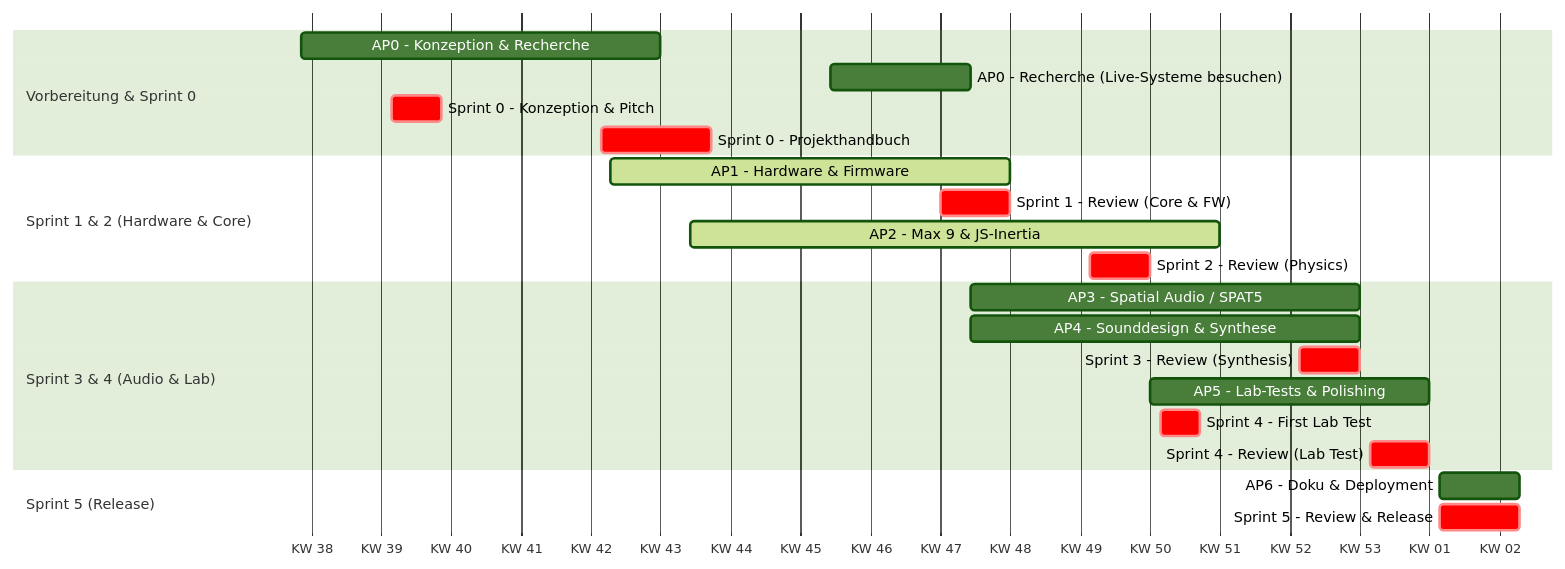
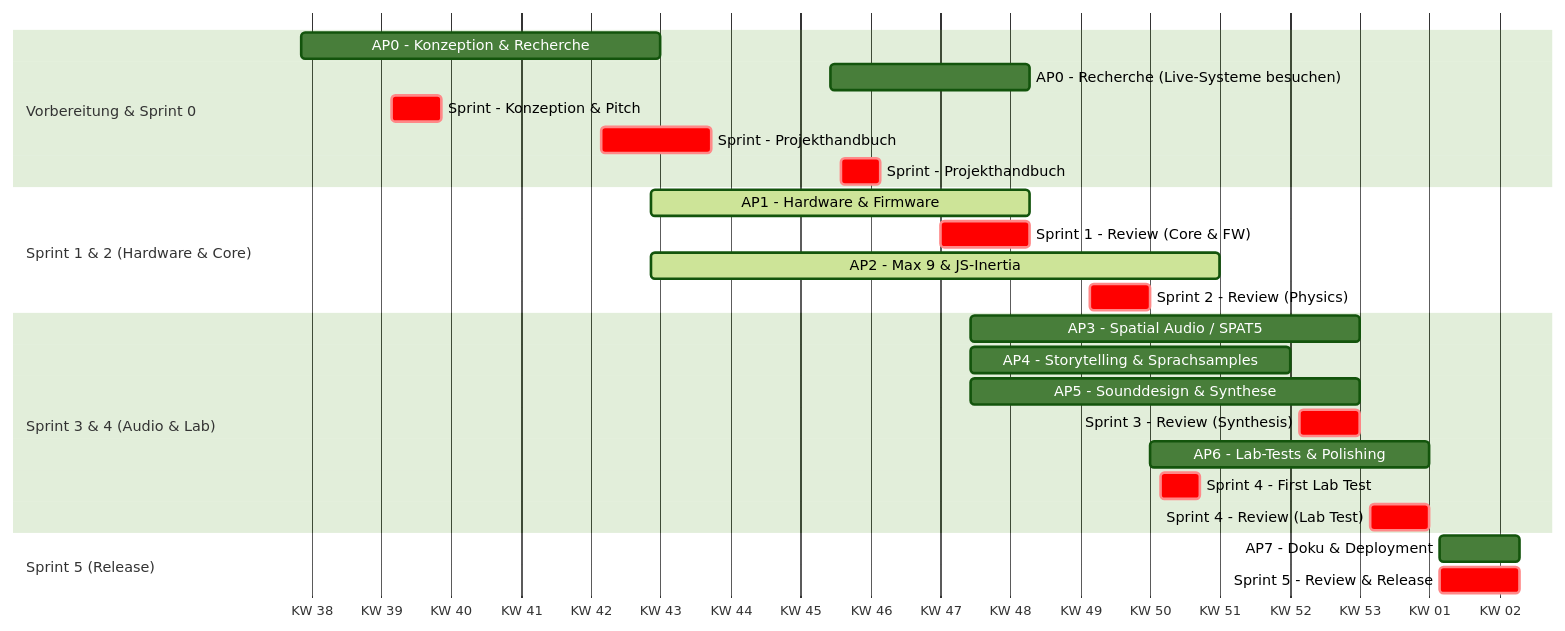
One commit to flirn/gravitationalWAVS changed the diagram in README.md. Above: the diagram before and after it, drawn with Mermaid (forest theme). The commit also changed other lines of this file, not shown here.

````diff
--- a/README.md
+++ b/README.md
@@ -139,37 +148,39 @@
 ```mermaid
 %%{init: {
   'gantt': {
     'useWidth': 1200,
     'leftPadding': 220,
     'rightPadding': 50,
     'tickInterval': '1w'
   }
 }}%%
 gantt
     dateFormat YYYY-MM-DD
     axisFormat KW %V
 
     section Vorbereitung & Sprint 0
-    AP0 - Konzeption & Recherche     :2026-09-19, 2026-10-25
-    AP0 - Recherche (Live-Systeme besuchen)   :2026-11-11, 2026-11-25
-    Sprint 0 - Konzeption & Pitch   :crit, 2026-09-28, 2026-10-03
-    Sprint 0 - Projekthandbuch   :crit, 2026-10-19, 2026-10-30
+    AP0 - Konzeption & Recherche              :2026-09-19, 2026-10-25
+    AP0 - Recherche (Live-Systeme besuchen)   :2026-11-11, 2026-12-01
+    Sprint - Konzeption & Pitch               :crit, 2026-09-28, 2026-10-03
+    Sprint - Projekthandbuch                  :crit, 2026-10-19, 2026-10-30
+    Sprint - Projekthandbuch                  :crit, 2026-11-12, 2026-11-16
 
     section Sprint 1 & 2 (Hardware & Core)
-    AP1 - Hardware & Firmware        :active, 2026-10-20, 2026-11-29
-    Sprint 1 - Review (Core & FW)    :crit, 2026-11-22, 2026-11-29
-    AP2 - Max 9 & JS-Inertia         :active, 2026-10-28, 2026-12-20
-    Sprint 2 - Review (Physics)      :crit, 2026-12-07, 2026-12-13
+    AP1 - Hardware & Firmware                 :active, 2026-10-24, 2026-12-01
+    Sprint 1 - Review (Core & FW)             :crit, 2026-11-22, 2026-12-01
+    AP2 - Max 9 & JS-Inertia                  :active, 2026-10-24, 2026-12-20
+    Sprint 2 - Review (Physics)               :crit, 2026-12-07, 2026-12-13
 
     section Sprint 3 & 4 (Audio & Lab)
-    AP3 - Spatial Audio / SPAT5      :2026-11-25, 2027-01-03
-    AP4 - Sounddesign & Synthese     :2026-11-25, 2027-01-03
-    Sprint 3 - Review (Synthesis)    :crit, 2026-12-28, 2027-01-03
-    AP5 - Lab-Tests & Polishing      :2026-12-13, 2027-01-10
-    Sprint 4 - First Lab Test     :crit, 2026-12-14, 2026-12-18
-    Sprint 4 - Review (Lab Test)     :crit, 2027-01-04, 2027-01-10
+    AP3 - Spatial Audio / SPAT5               :2026-11-25, 2027-01-03
+    AP4 - Storytelling & Sprachsamples        :2026-11-25, 2026-12-27
+    AP5 - Sounddesign & Synthese              :2026-11-25, 2027-01-03
+    Sprint 3 - Review (Synthesis)             :crit, 2026-12-28, 2027-01-03
+    AP6 - Lab-Tests & Polishing               :2026-12-13, 2027-01-10
+    Sprint 4 - First Lab Test                 :crit, 2026-12-14, 2026-12-18
+    Sprint 4 - Review (Lab Test)              :crit, 2027-01-04, 2027-01-10
 
     section Sprint 5 (Release)
-    AP6 - Doku & Deployment          :2027-01-11, 2027-01-19
-    Sprint 5 - Review & Release      :crit, 2027-01-11, 2027-01-19
+    AP7 - Doku & Deployment                   :2027-01-11, 2027-01-19
+    Sprint 5 - Review & Release               :crit, 2027-01-11, 2027-01-19
 ```
````
